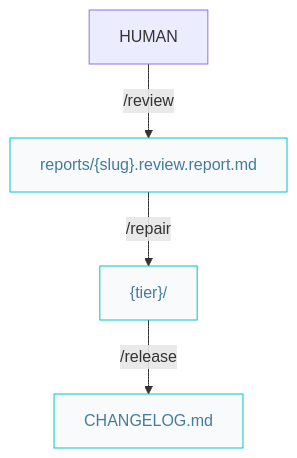
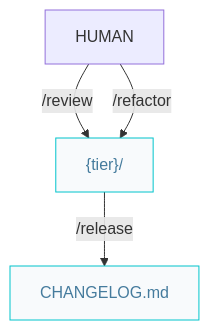
The diagram in docs/craftsman.pipelines.md (AIDDbot/AIDDbot), drawn with Mermaid before and after one commit. The commit also changed other lines of this file and 15 other files, not shown here.

````diff
--- a/docs/craftsman.pipelines.md
+++ b/docs/craftsman.pipelines.md
@@ -7,13 +7,12 @@
 ```mermaid
 flowchart TD  
   HUM[HUMAN]
   COD["{tier}/"]:::nd
-  RPT["reports/{slug}.review.report.md"]:::nd
   CHL["CHANGELOG.md"]:::nd
   
-  HUM -->|/review| RPT
-  RPT -->|/repair| COD
+  HUM -->|/review| COD
+  HUM -->|/refactor| COD
   COD -->|/release| CHL
 
   classDef nd fill:#f8fafc,stroke:#00c4cc,color:#457b9d
 ```
````
